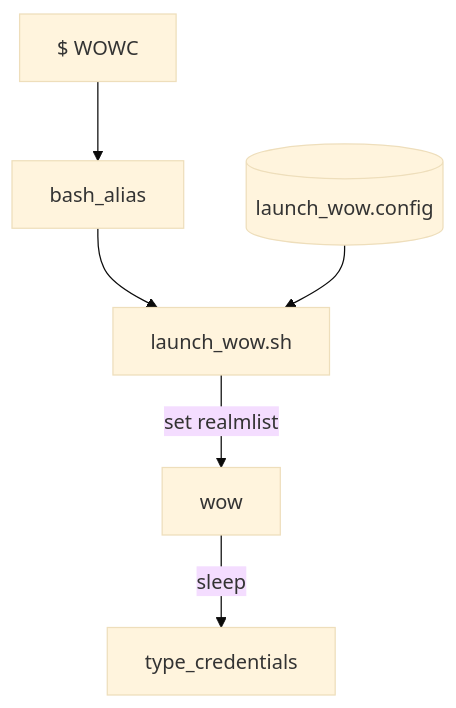
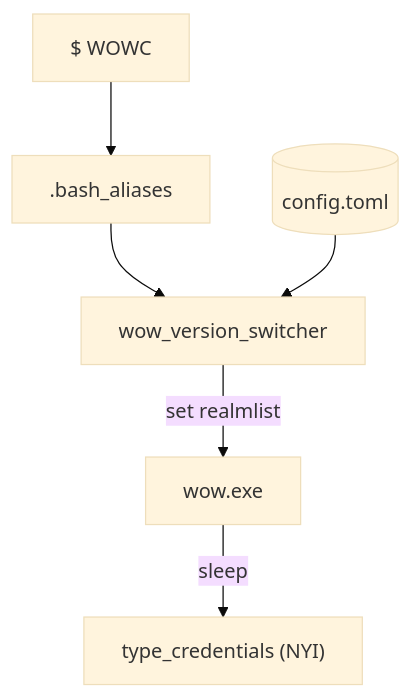
Before and after one commit to sogladev/wow-realm-switch-utility: the diagram in README.md, drawn with Mermaid (base theme). The commit also changed other lines of this file and 11 other files, not shown here.

````diff
--- a/README.md
+++ b/README.md
@@ -5,7 +4,8 @@
 ```mermaid
 graph TD;
-    cmd-->bash_alias-->launch_wow.sh--set realmlist-->wow--sleep-->type_credentials
-    launch_wow.config-->launch_wow.sh
-    launch_wow.config[(launch_wow.config)]
+    cmd-->.bash_aliases-->wow_version_switcher--set realmlist-->wow.exe--sleep-->type_credentials
+    config.toml-->wow_version_switcher
+    config.toml[(config.toml)]
+        type_credentials["type_credentials (NYI)"]
     cmd[$ WOWC]
 ```
````
